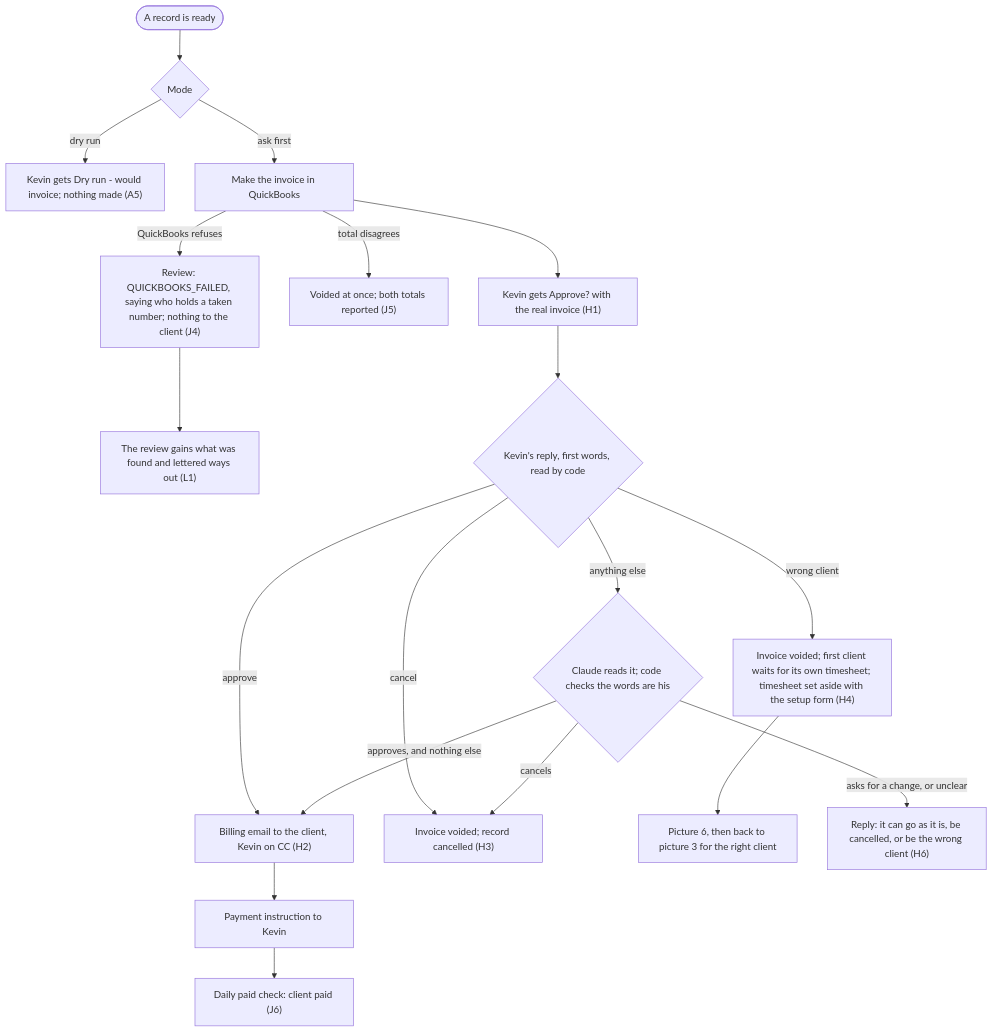
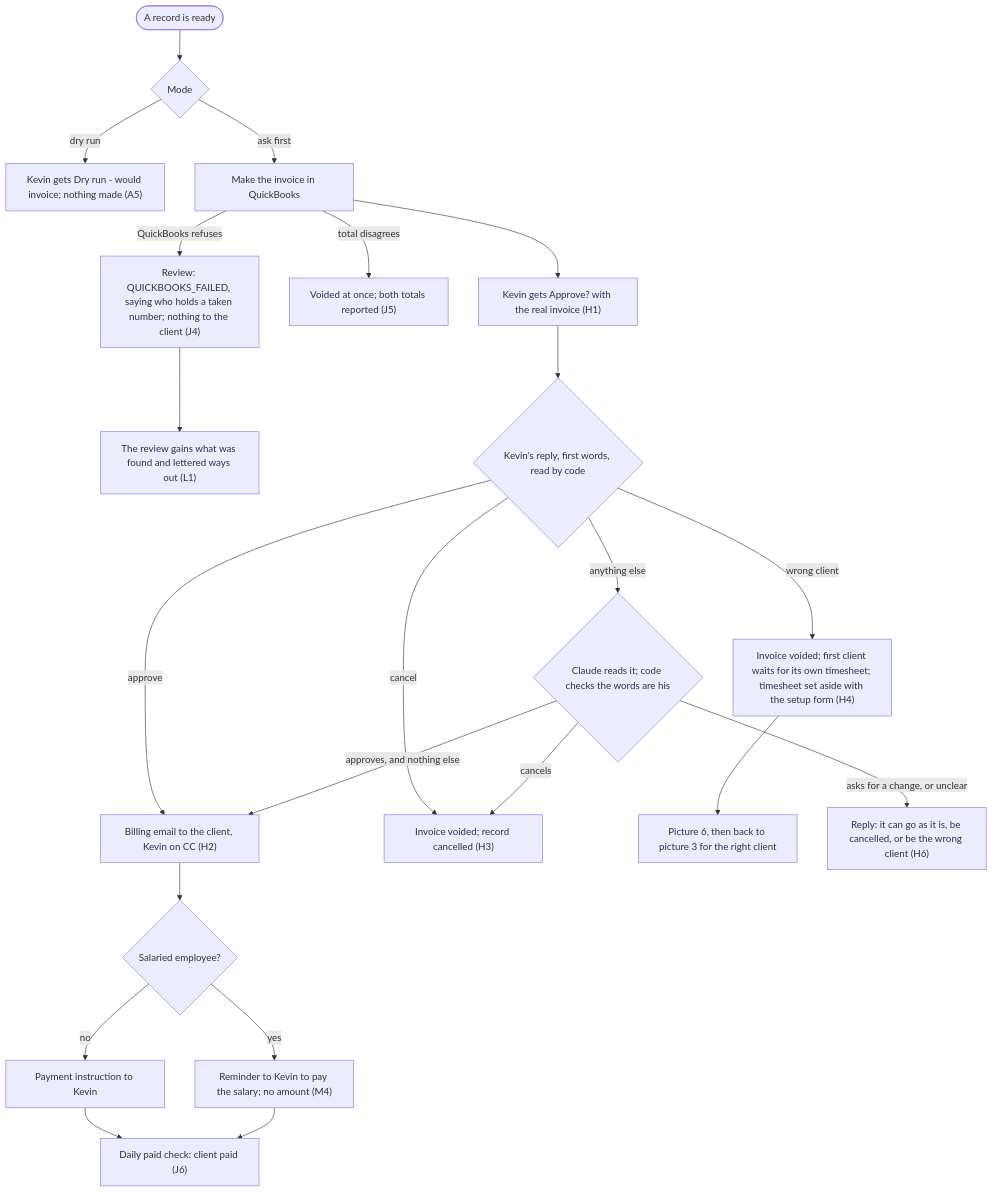
Before and after one commit to ARathie/finance-ops-agent: the fifth of 7 diagrams in docs/how-it-works.md, drawn with Mermaid. The commit also changed other lines of this file and 48 other files, not shown here.

````diff
--- a/docs/how-it-works.md
+++ b/docs/how-it-works.md
@@ -236,21 +244,24 @@
 ```mermaid
 flowchart TD
     r(["A record is ready"]) --> m{"Mode"}
     m -- "dry run" --> preview["Kevin gets Dry run - would invoice; nothing made (A5)"]
     m -- "ask first" --> make["Make the invoice in QuickBooks"]
     make -- "QuickBooks refuses" --> qbfail["Review: QUICKBOOKS_FAILED, saying who holds a taken number; nothing to the client (J4)"]
     qbfail --> looked["The review gains what was found and lettered ways out (L1)"]
     make -- "total disagrees" --> voidnow["Voided at once; both totals reported (J5)"]
     make --> approve["Kevin gets Approve? with the real invoice (H1)"]
     approve --> answer{"Kevin's reply, first words, read by code"}
     answer -- "approve" --> bill["Billing email to the client, Kevin on CC (H2)"]
-    bill --> pay["Payment instruction to Kevin"]
+    bill --> salary{"Salaried employee?"}
+    salary -- "no" --> pay["Payment instruction to Kevin"]
+    salary -- "yes" --> remind["Reminder to Kevin to pay the salary; no amount (M4)"]
     pay --> paidcheck["Daily paid check: client paid (J6)"]
+    remind --> paidcheck
     answer -- "cancel" --> cancel["Invoice voided; record cancelled (H3)"]
     answer -- "wrong client" --> wrong["Invoice voided; first client waits for its own timesheet; timesheet set aside with the setup form (H4)"]
     wrong --> six["Picture 6, then back to picture 3 for the right client"]
     answer -- "anything else" --> plain{"Claude reads it; code checks the words are his"}
     plain -- "approves, and nothing else" --> bill
     plain -- "cancels" --> cancel
     plain -- "asks for a change, or unclear" --> askwords["Reply: it can go as it is, be cancelled, or be the wrong client (H6)"]
 ```
````
